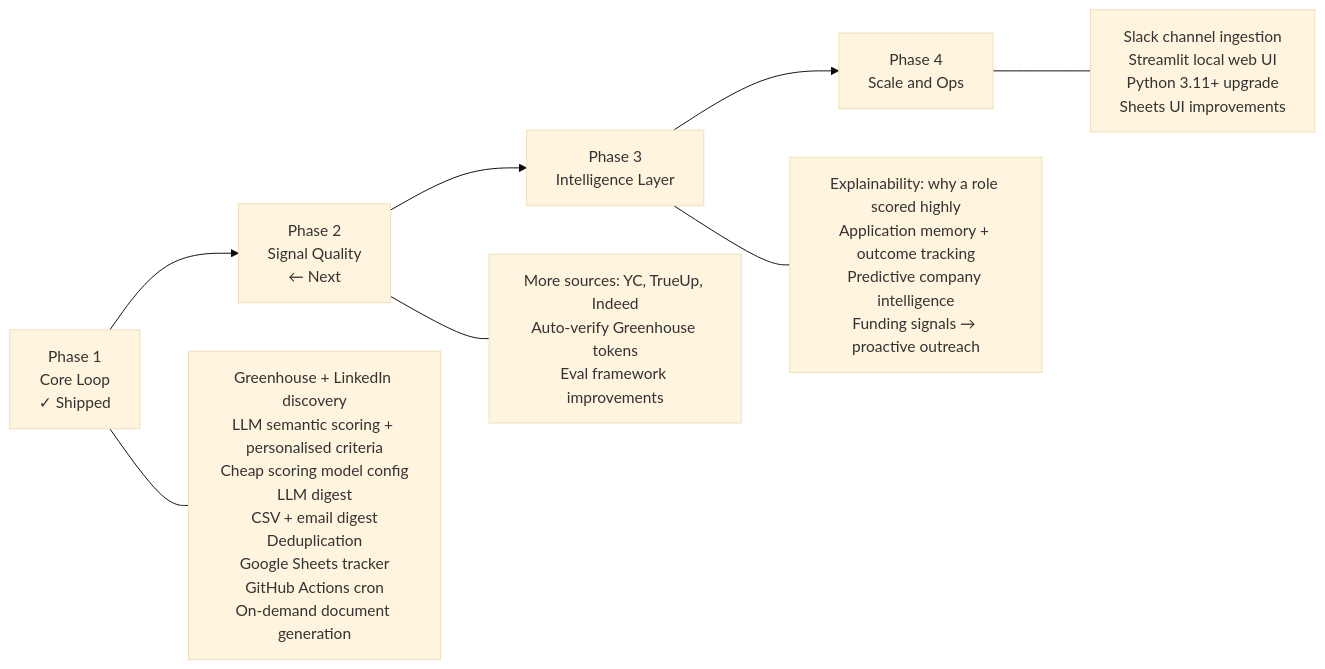
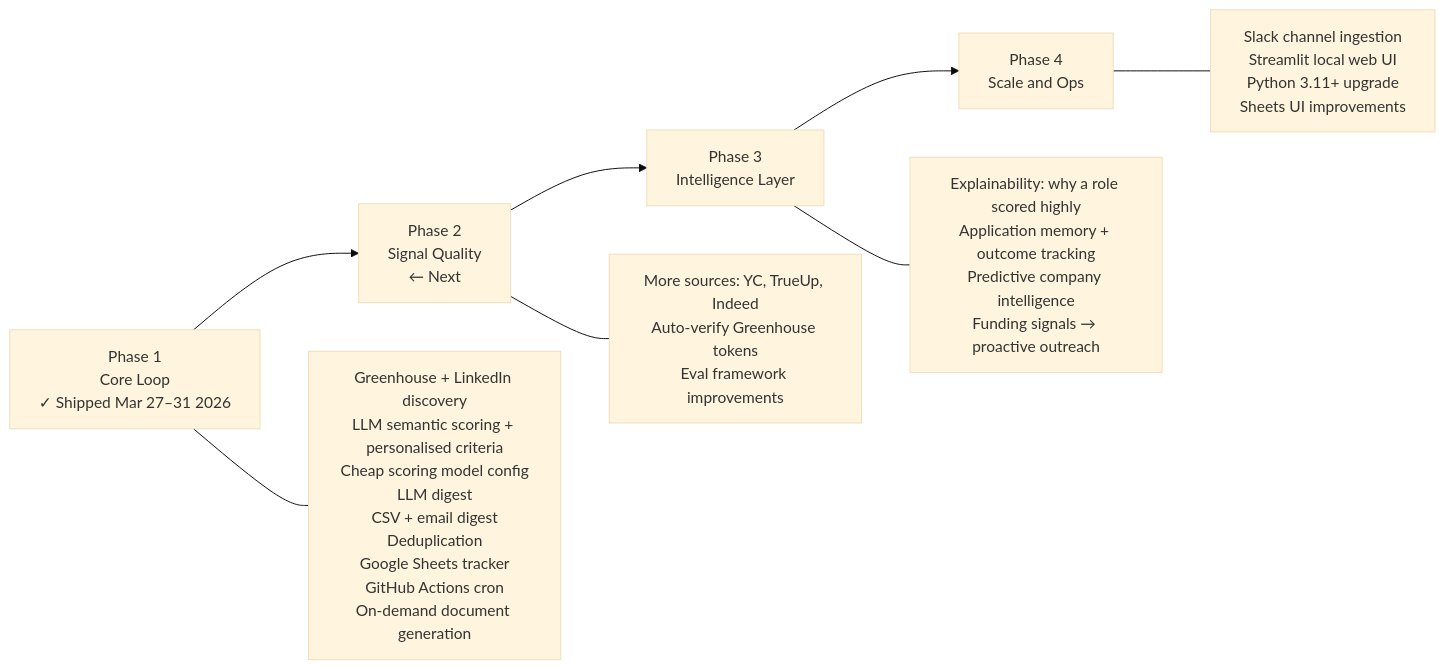
Before and after one commit to ravigahlla/pm-job-agent: the second of 2 diagrams in README.md, drawn with Mermaid (base theme). The commit also changed other lines of this file, not shown here.

Commit message:
docs(readme): add shipped timestamps to roadmap; ci: wire SCORING_CRITERIA_MD secret

````diff
--- a/README.md
+++ b/README.md
@@ -325,17 +325,17 @@
 ```mermaid
 flowchart LR
-  p1["Phase 1\nCore Loop\n✓ Shipped"]
+  p1["Phase 1\nCore Loop\n✓ Shipped Mar 27–31 2026"]
   p2["Phase 2\nSignal Quality\n← Next"]
   p3["Phase 3\nIntelligence Layer"]
   p4["Phase 4\nScale and Ops"]
 
   p1 --> p2 --> p3 --> p4
 
   p1 --- s1["Greenhouse + LinkedIn discovery\nLLM semantic scoring + personalised criteria\nCheap scoring model config\nLLM digest\nCSV + email digest\nDeduplication\nGoogle Sheets tracker\nGitHub Actions cron\nOn-demand document generation"]
 
   p2 --- s2["More sources: YC, TrueUp, Indeed\nAuto-verify Greenhouse tokens\nEval framework improvements"]
 
   p3 --- s3["Explainability: why a role scored highly\nApplication memory + outcome tracking\nPredictive company intelligence\nFunding signals → proactive outreach"]
 
   p4 --- s4["Slack channel ingestion\nStreamlit local web UI\nPython 3.11+ upgrade\nSheets UI improvements"]
 ```
````
